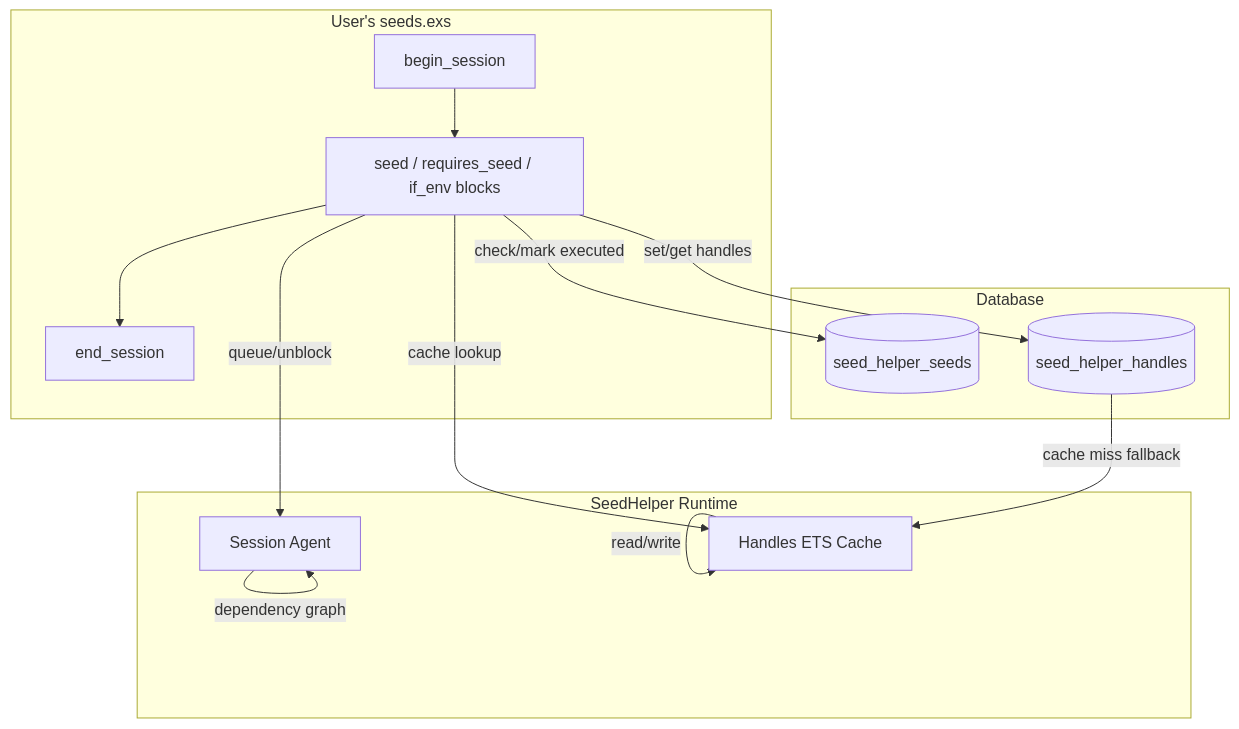
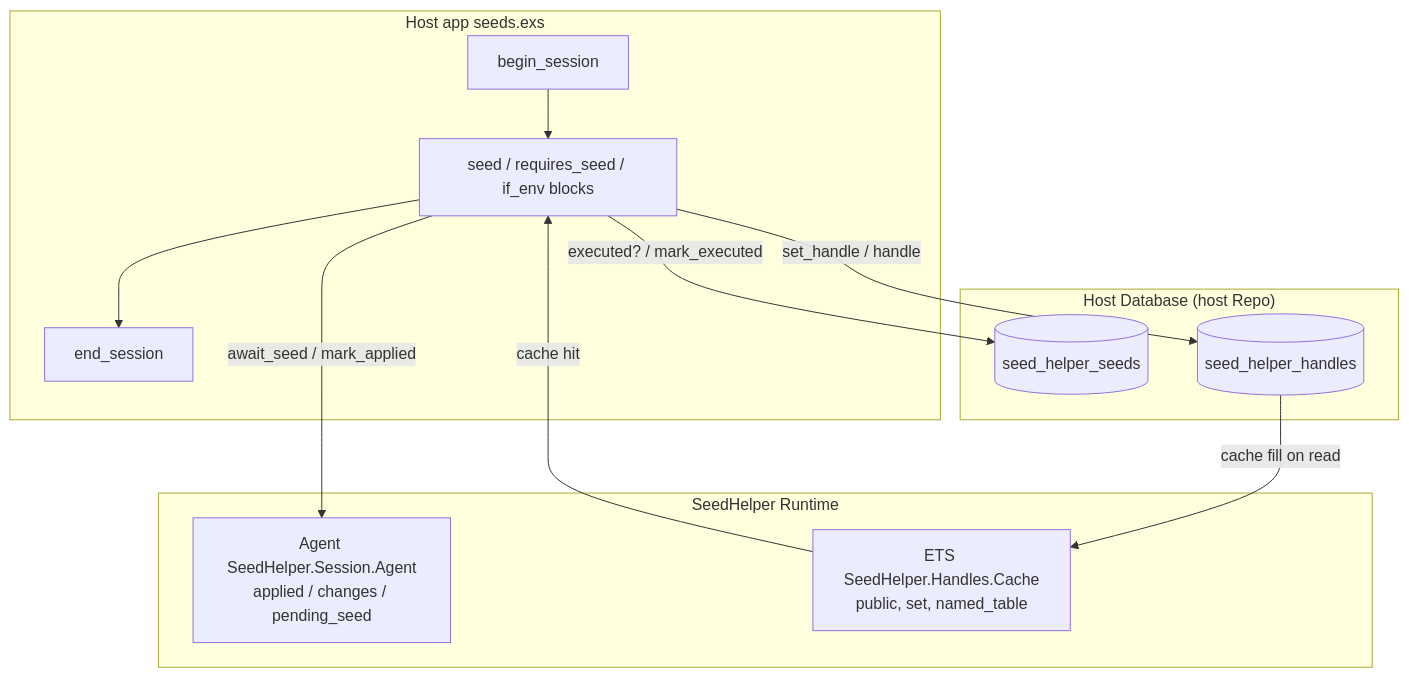
Before and after one commit to noizu-labs-scaffolding/seed_helper: the diagram in docs/PROJ-ARCH.md, drawn with Mermaid. The commit also changed other lines of this file and 8 other files, not shown here.

````diff
--- a/docs/PROJ-ARCH.md
+++ b/docs/PROJ-ARCH.md
@@ -9,23 +13,23 @@
 ```mermaid
 graph TB
-    subgraph "User's seeds.exs"
+    subgraph "Host app seeds.exs"
         A[begin_session] --> B[seed / requires_seed / if_env blocks]
         B --> C[end_session]
     end
 
     subgraph "SeedHelper Runtime"
-        S[Session Agent] -- "dependency graph" --> S
-        H[Handles ETS Cache] -- "read/write" --> H
+        S["Agent SeedHelper.Session.Agent<br/>applied / changes / pending_seed"]
+        H["ETS SeedHelper.Handles.Cache<br/>public, set, named_table"]
     end
 
-    subgraph "Database"
+    subgraph "Host Database (host Repo)"
         ST[(seed_helper_seeds)]
         HT[(seed_helper_handles)]
     end
 
-    B -- "check/mark executed" --> ST
-    B -- "set/get handles" --> HT
-    B -- "queue/unblock" --> S
-    B -- "cache lookup" --> H
-    HT -- "cache miss fallback" --> H
+    B -- "executed? / mark_executed" --> ST
+    B -- "set_handle / handle" --> HT
+    B -- "await_seed / mark_applied" --> S
+    HT -- "cache fill on read" --> H
+    H -- "cache hit" --> B
 ```
````
